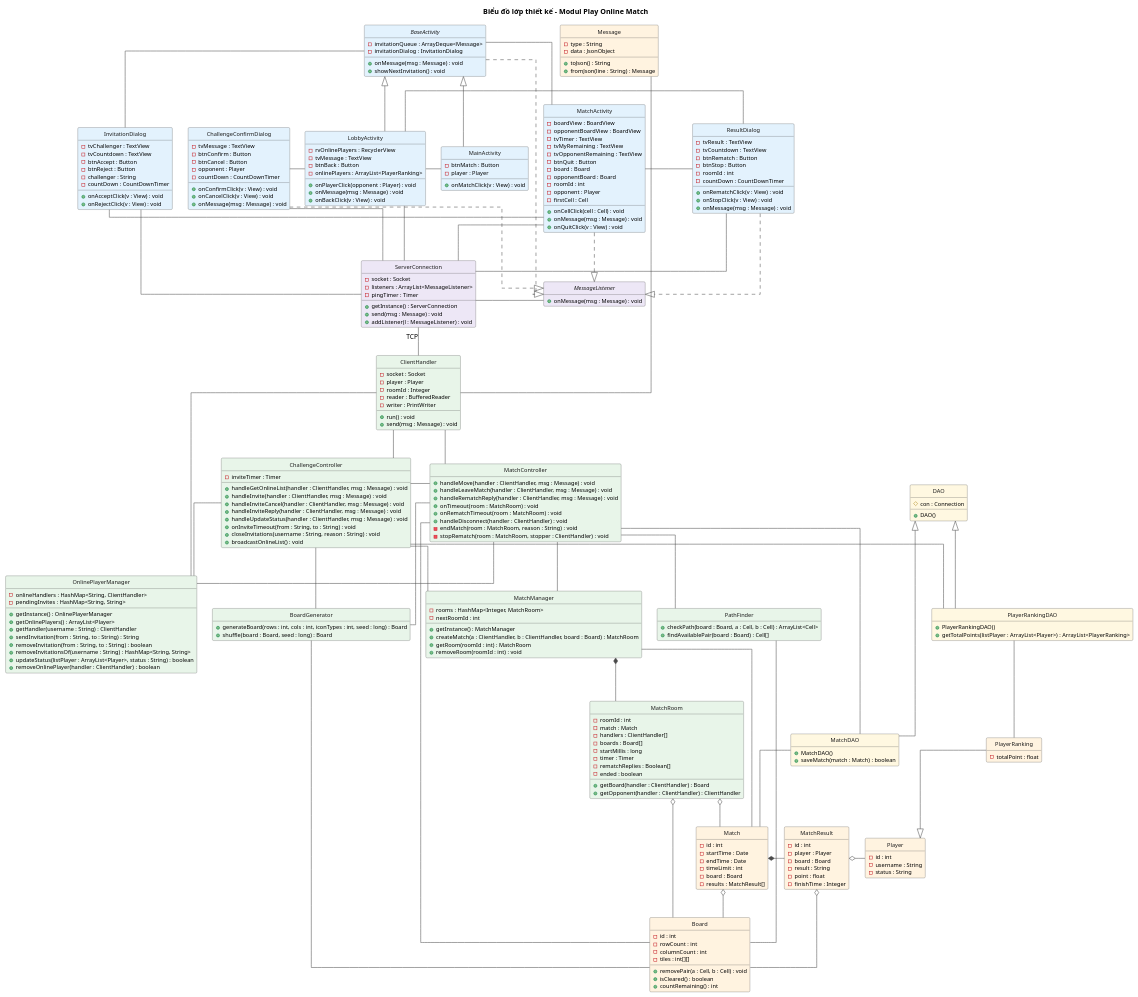
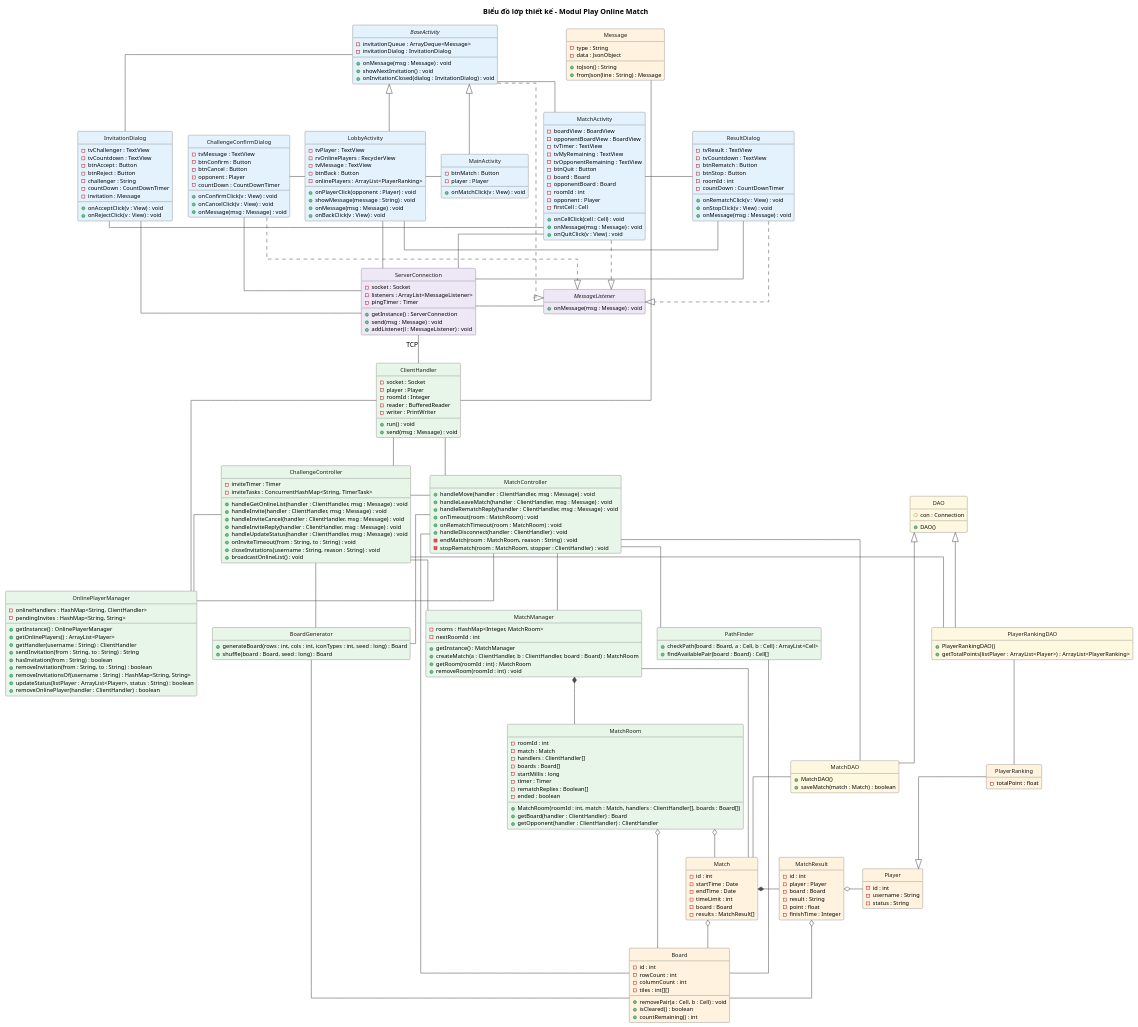
One commit to VattenL/mobile-pikachu changed the diagram in docs/uml/pha3/class-design-m4.puml. Above: the diagram before and after it, drawn with PlantUML. The commit also changed 28 other files, not shown here.

```diff
--- a/docs/uml/pha3/class-design-m4.puml
+++ b/docs/uml/pha3/class-design-m4.puml
@@ -32,6 +32,7 @@
   - invitationDialog : InvitationDialog
   + onMessage(msg : Message) : void
   + showNextInvitation() : void
+  + onInvitationClosed(dialog : InvitationDialog) : void
 }
 
 class MainActivity #E3F2FD {
@@ -41,11 +42,13 @@
 }
 
 class LobbyActivity #E3F2FD {
+  - tvPlayer : TextView
   - rvOnlinePlayers : RecyclerView
   - tvMessage : TextView
   - btnBack : Button
   - onlinePlayers : ArrayList<PlayerRanking>
   + onPlayerClick(opponent : Player) : void
+  + showMessage(message : String) : void
   + onMessage(msg : Message) : void
   + onBackClick(v : View) : void
 }
@@ -57,6 +60,7 @@
   - btnReject : Button
   - challenger : String
   - countDown : CountDownTimer
+  - invitation : Message
   + onAcceptClick(v : View) : void
   + onRejectClick(v : View) : void
 }
@@ -117,6 +121,7 @@
 
 class ChallengeController #E8F5E9 {
   - inviteTimer : Timer
+  - inviteTasks : ConcurrentHashMap<String, TimerTask>
   + handleGetOnlineList(handler : ClientHandler, msg : Message) : void
   + handleInvite(handler : ClientHandler, msg : Message) : void
   + handleInviteCancel(handler : ClientHandler, msg : Message) : void
@@ -145,6 +150,7 @@
   + getOnlinePlayers() : ArrayList<Player>
   + getHandler(username : String) : ClientHandler
   + sendInvitation(from : String, to : String) : String
+  + hasInvitation(from : String) : boolean
   + removeInvitation(from : String, to : String) : boolean
   + removeInvitationsOf(username : String) : HashMap<String, String>
   + updateStatus(listPlayer : ArrayList<Player>, status : String) : boolean
@@ -169,6 +175,7 @@
   - timer : Timer
   - rematchReplies : Boolean[]
   - ended : boolean
+  + MatchRoom(roomId : int, match : Match, handlers : ClientHandler[], boards : Board[])
   + getBoard(handler : ClientHandler) : Board
   + getOpponent(handler : ClientHandler) : ClientHandler
 }
```
